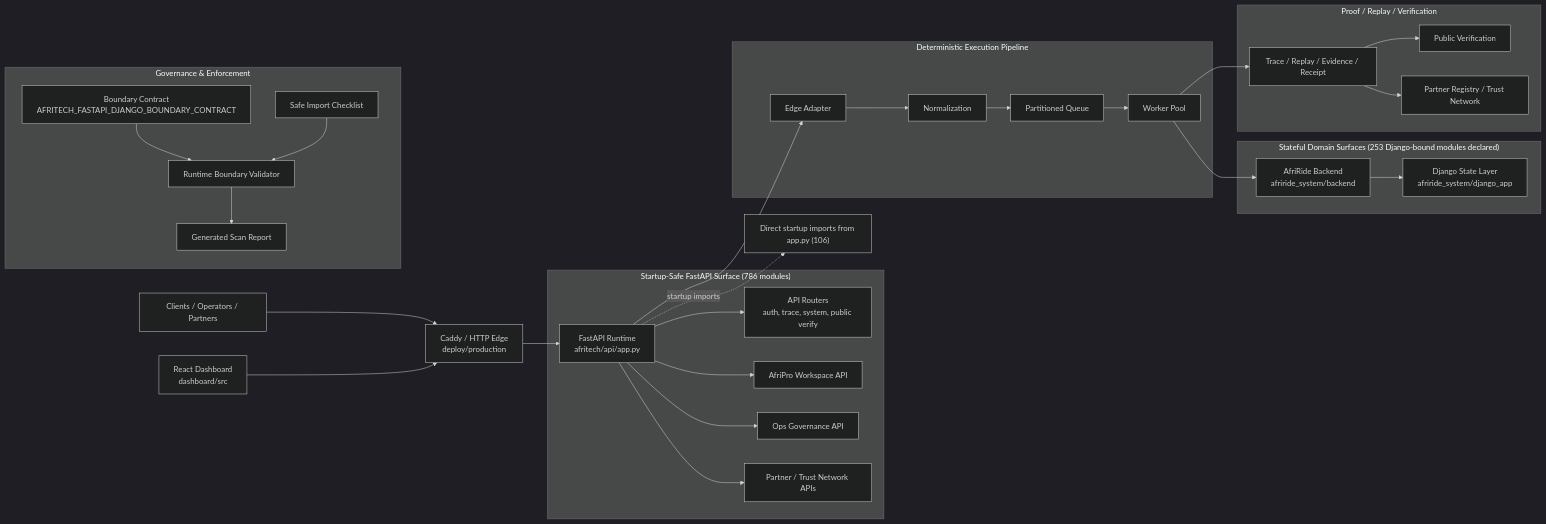
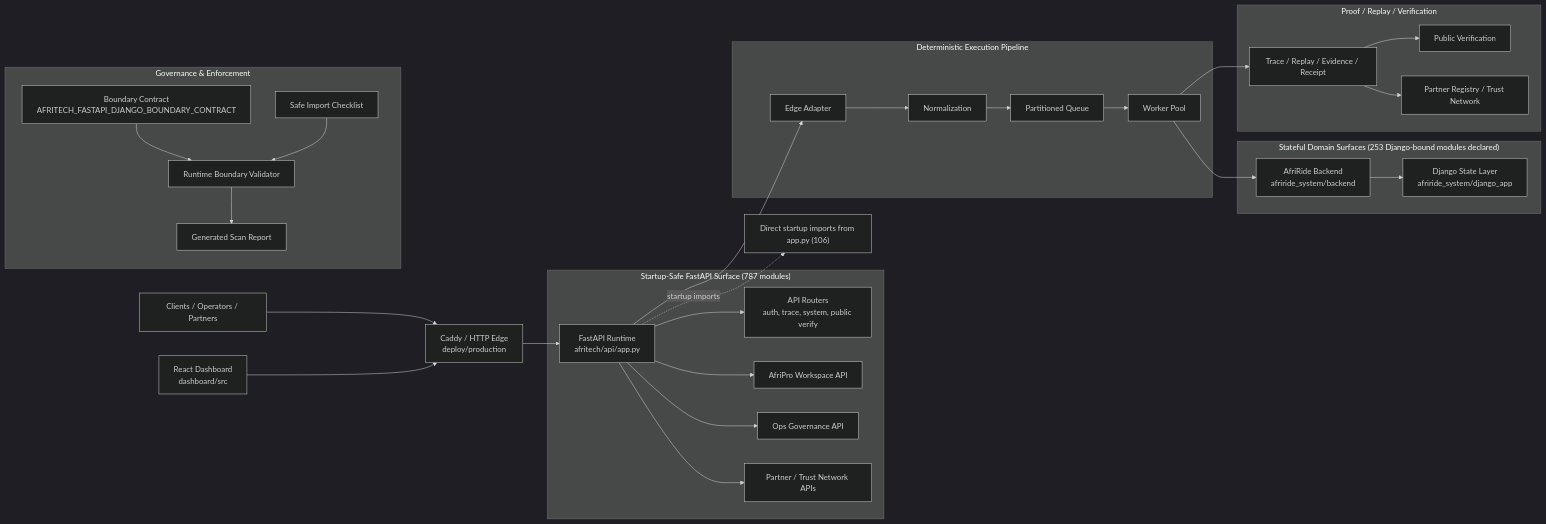
One commit to Strelly2023/afritelematics changed the first of 2 diagrams in docs/architecture/AFRITECH_FULL_ARCHITECTURE_GRAPH.md. Above: the diagram before and after it, drawn with Mermaid (dark theme). The commit also changed other lines of this file and 9 other files, not shown here.

````diff
--- a/docs/architecture/AFRITECH_FULL_ARCHITECTURE_GRAPH.md
+++ b/docs/architecture/AFRITECH_FULL_ARCHITECTURE_GRAPH.md
@@ -22,39 +22,39 @@
 ```mermaid
 flowchart LR
     Client["Clients / Operators / Partners"] --> Edge["Caddy / HTTP Edge\ndeploy/production"]
     Dashboard["React Dashboard\ndashboard/src"] --> Edge
     Edge --> App["FastAPI Runtime\nafritech/api/app.py"]
 
-    subgraph FastAPI["Startup-Safe FastAPI Surface (786 modules)"]
+    subgraph FastAPI["Startup-Safe FastAPI Surface (787 modules)"]
         App --> Api["API Routers\nauth, trace, system, public verify"]
         App --> Workspace["AfriPro Workspace API"]
         App --> Governance["Ops Governance API"]
         App --> Trust["Partner / Trust Network APIs"]
     end
 
     subgraph Pipeline["Deterministic Execution Pipeline"]
         App --> Adapt["Edge Adapter"]
         Adapt --> Normalize["Normalization"]
         Normalize --> Queue["Partitioned Queue"]
         Queue --> Worker["Worker Pool"]
     end
 
     subgraph State["Stateful Domain Surfaces (253 Django-bound modules declared)"]
         Worker --> Domain["AfriRide Backend\nafriride_system/backend"]
         Domain --> Django["Django State Layer\nafriride_system/django_app"]
     end
 
     subgraph Proof["Proof / Replay / Verification"]
         Worker --> Trace["Trace / Replay / Evidence / Receipt"]
         Trace --> Public["Public Verification"]
         Trace --> Registry["Partner Registry / Trust Network"]
     end
 
     subgraph GovernancePlane["Governance & Enforcement"]
         Contract["Boundary Contract\nAFRITECH_FASTAPI_DJANGO_BOUNDARY_CONTRACT"] --> Validator["Runtime Boundary Validator"]
         Checklist["Safe Import Checklist"] --> Validator
         Validator --> Review["Generated Scan Report"]
     end
 
     App -. startup imports .-> Imports["Direct startup imports from app.py (106)"]
 ```
````
